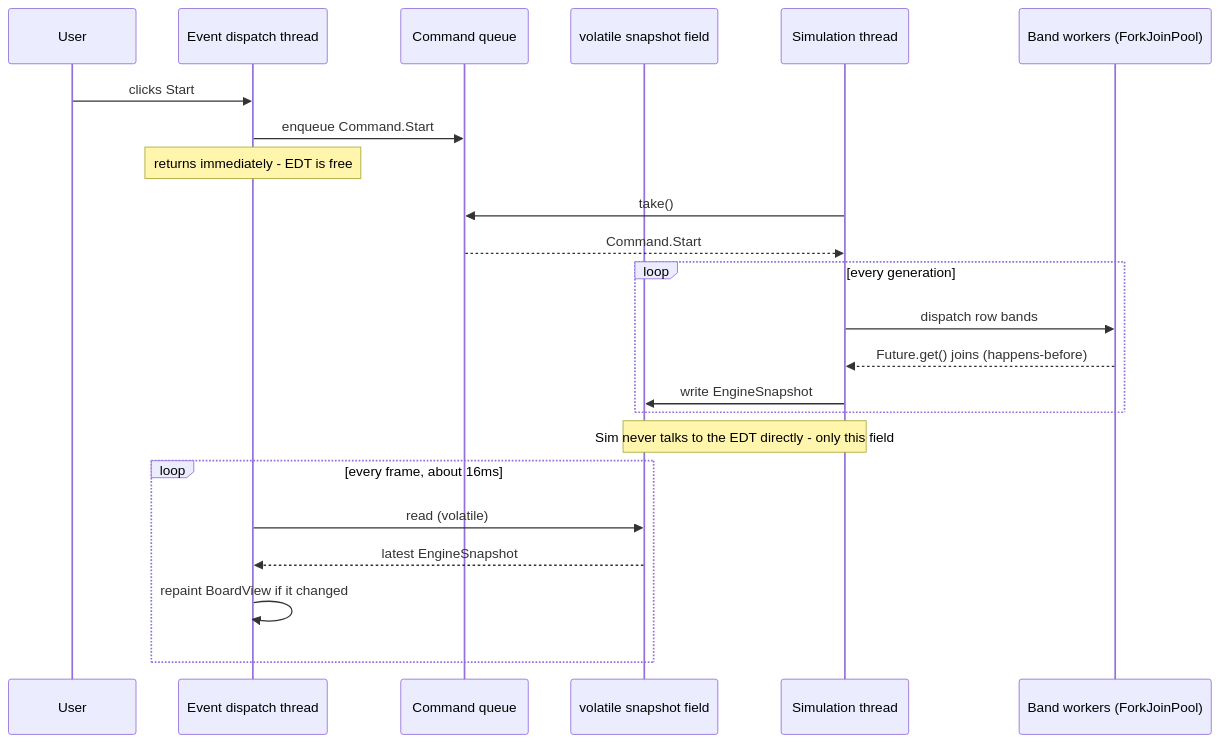
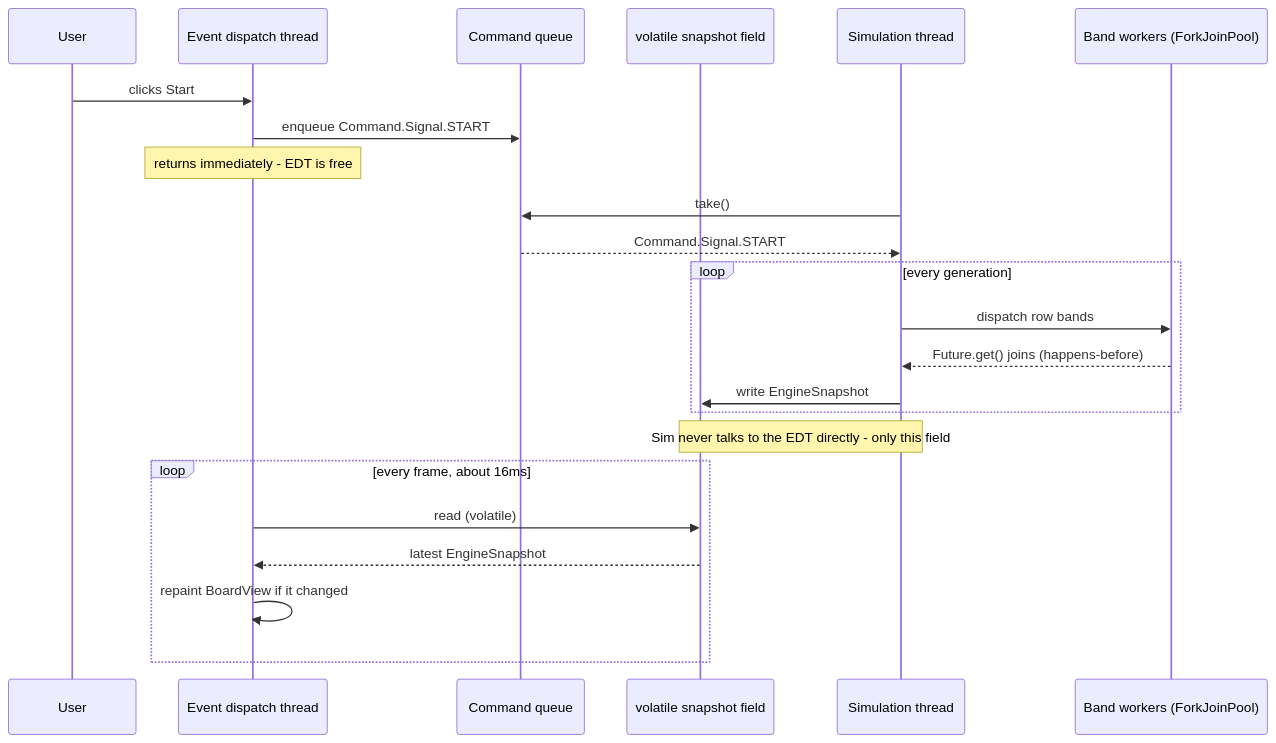
One commit to ymoroz89/conway-game-of-life-gui changed the second of 2 diagrams in README.md. Above: the diagram before and after it, drawn with Mermaid. The commit also changed other lines of this file and 2 other files, not shown here.

````diff
--- a/README.md
+++ b/README.md
@@ -297,29 +298,29 @@
 ```mermaid
 sequenceDiagram
     participant User
     participant EDT as Event dispatch thread
     participant Queue as Command queue
     participant Snap as volatile snapshot field
     participant Sim as Simulation thread
     participant Workers as Band workers (ForkJoinPool)
 
     User->>EDT: clicks Start
-    EDT->>Queue: enqueue Command.Start
+    EDT->>Queue: enqueue Command.Signal.START
     Note over EDT: returns immediately - EDT is free
     Sim->>Queue: take()
-    Queue-->>Sim: Command.Start
+    Queue-->>Sim: Command.Signal.START
 
     loop every generation
         Sim->>Workers: dispatch row bands
         Workers-->>Sim: Future.get() joins (happens-before)
         Sim->>Snap: write EngineSnapshot
     end
 
     Note over Snap,Sim: Sim never talks to the EDT directly - only this field
 
     loop every frame, about 16ms
         EDT->>Snap: read (volatile)
         Snap-->>EDT: latest EngineSnapshot
         EDT->>EDT: repaint BoardView if it changed
     end
 ```
````
